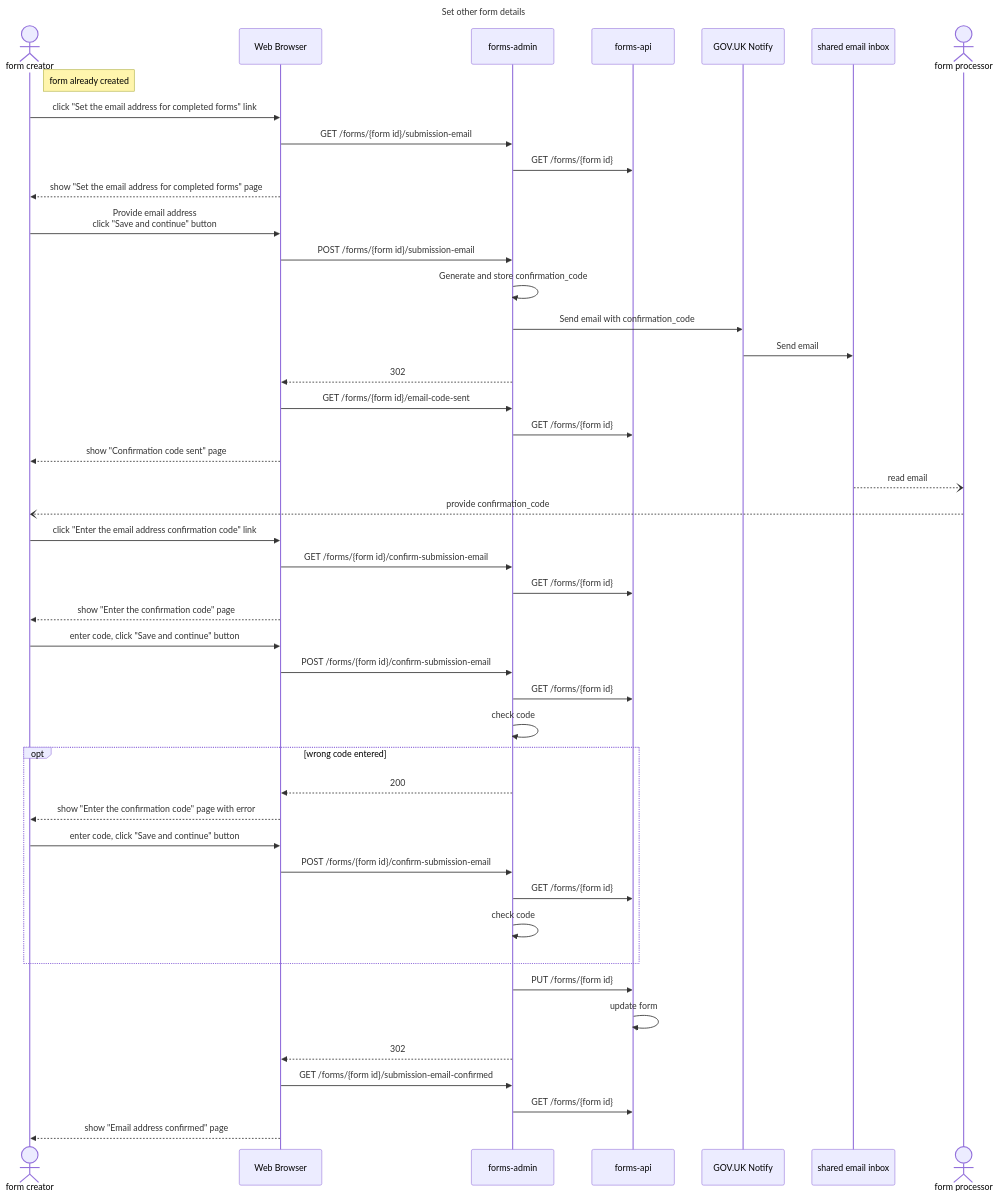
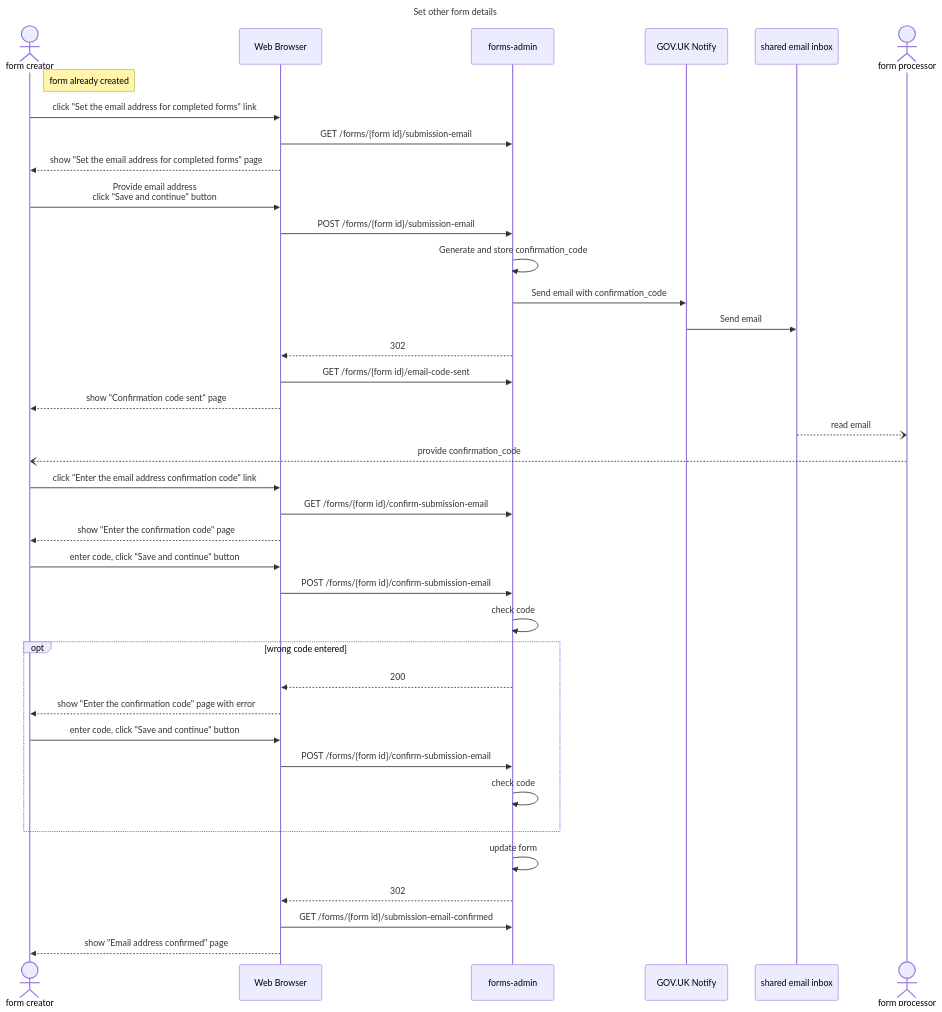
Before and after one commit to alphagov/forms: the fourth of 5 diagrams in diagrams/sequence-diagrams/creating-a-form.md, drawn with Mermaid. The commit also changed other lines of this file and 3 other files, not shown here.

First line of the commit message:
Remove forms-api from sequence diagrams

````diff
--- a/diagrams/sequence-diagrams/creating-a-form.md
+++ b/diagrams/sequence-diagrams/creating-a-form.md
@@ -116,58 +97,49 @@
 ```mermaid
 sequenceDiagram
   title Set other form details
   actor user as form creator
   participant browser as Web Browser
   participant admin as forms-admin
   link admin: GitHub repo @ https://github.com/alphagov/forms-admin
-  participant api as forms-api
-  link api: GitHub repo @ https://github.com/alphagov/forms-api
   participant notify as GOV.UK Notify
   participant inbox as shared email inbox
   actor processor as form processor
 
   note right of user: form already created
 
   user->>browser: click "Set the email address for completed forms" link
   browser->>admin: GET /forms/{form id}/submission-email
-  admin->>api: GET /forms/{form id}
   browser-->>user: show "Set the email address for completed forms" page
   user->>browser: Provide email address<br />click "Save and continue" button
   browser->>admin: POST /forms/{form id}/submission-email
   admin->>admin: Generate and store confirmation_code
   admin->>notify: Send email with confirmation_code
   notify->>inbox: Send email
   admin-->>browser: 302
   browser->>admin: GET /forms/{form id}/email-code-sent
-  admin->>api: GET /forms/{form id}
   browser-->>user: show "Confirmation code sent" page
 
   inbox--)processor: read email
   processor--)user: provide confirmation_code
 
   user->>browser: click "Enter the email address confirmation code" link
   browser->>admin: GET /forms/{form id}/confirm-submission-email
-  admin->>api: GET /forms/{form id}
   browser-->>user: show "Enter the confirmation code" page 
 
   user->>browser: enter code, click "Save and continue" button
   browser->>admin: POST /forms/{form id}/confirm-submission-email
-  admin->>api: GET /forms/{form id}
   admin->>admin: check code
 
   opt wrong code entered
     admin-->>browser: 200
     browser-->>user: show "Enter the confirmation code" page with error
     user->>browser: enter code, click "Save and continue" button
     browser->>admin: POST /forms/{form id}/confirm-submission-email
-    admin->>api: GET /forms/{form id}
     admin->>admin: check code
   end
 
-  admin->>api: PUT /forms/{form id}
-  api->>api: update form 
+  admin->>admin: update form
   admin-->>browser: 302
   browser->>admin: GET /forms/{form id}/submission-email-confirmed
-  admin->>api: GET /forms/{form id}
   browser-->>user: show "Email address confirmed" page
 ```
````
